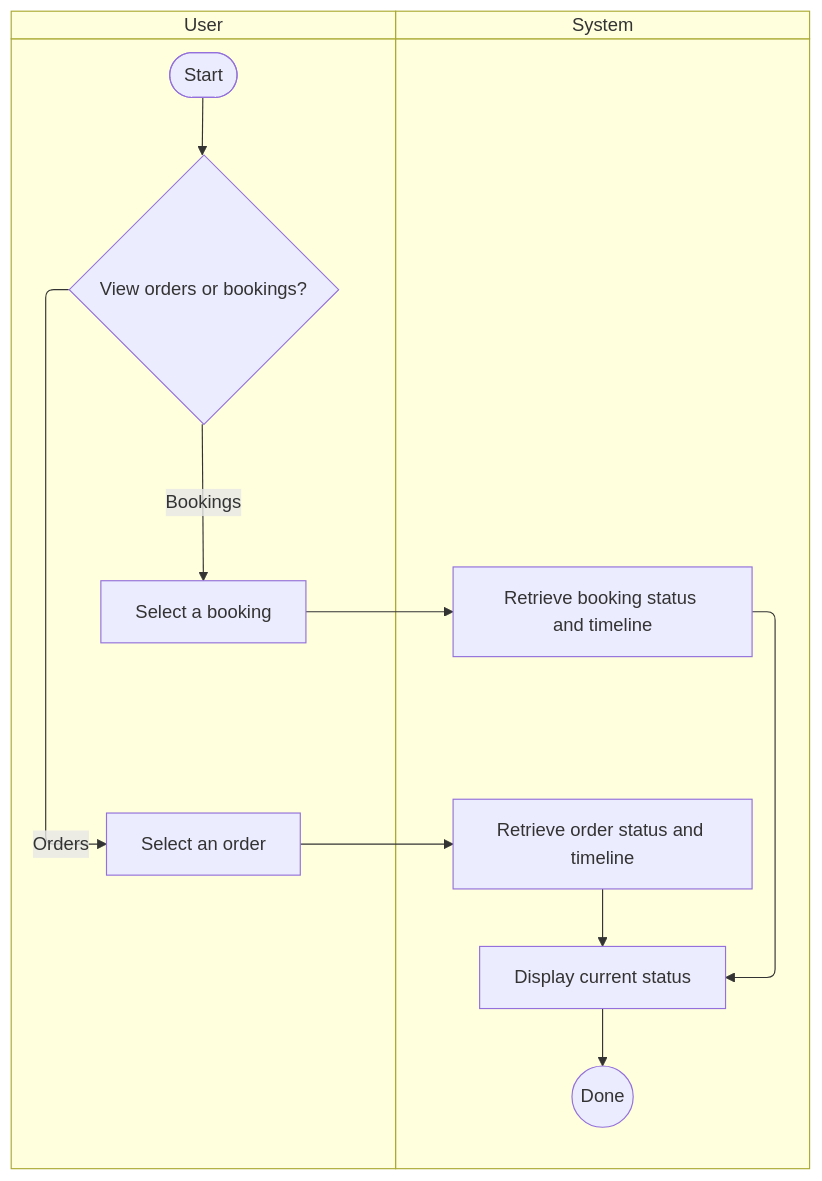
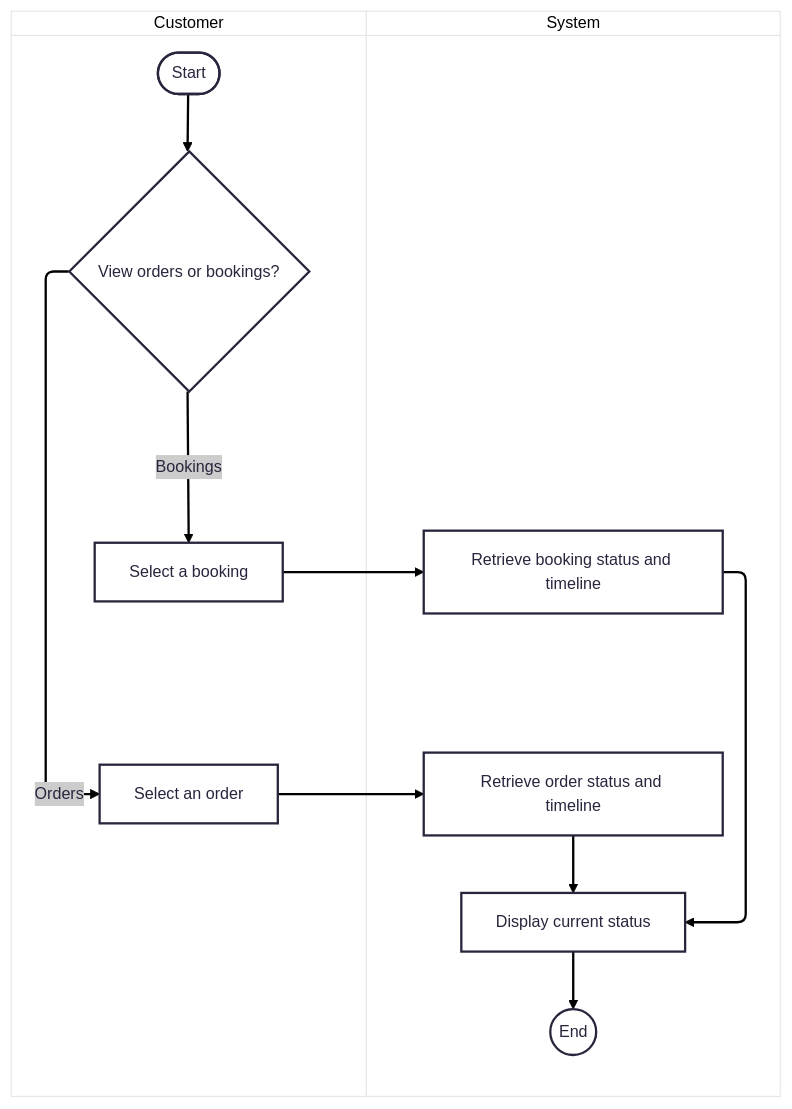
Before and after one commit to Service-Ride-Project/dokumen: the diagram in skpl/Activity Diagram/18-view-order-and-booking-status.mmd, drawn with Mermaid. The commit also changed 37 other files, not shown here.

```diff
--- a/skpl/Activity Diagram/18-view-order-and-booking-status.mmd
+++ b/skpl/Activity Diagram/18-view-order-and-booking-status.mmd
@@ -1,18 +1,19 @@
+%%{init: {"theme": "redux-color"}}%%
 swimlane-beta TB
-  subgraph User["User"]
+  subgraph Customer["Customer"]
     start([Start])
     select{View orders or bookings?}
     order[Select an order]
     booking[Select a booking]
   end
 
   subgraph System["System"]
     loadorder[Retrieve order status and timeline]
     loadbooking[Retrieve booking status and timeline]
     display[Display current status]
-    done((Done))
+    finish((End))
   end
 
   start --> select
-  select -->|Orders| order --> loadorder --> display --> done
+  select -->|Orders| order --> loadorder --> display --> finish
   select -->|Bookings| booking --> loadbooking --> display
```
